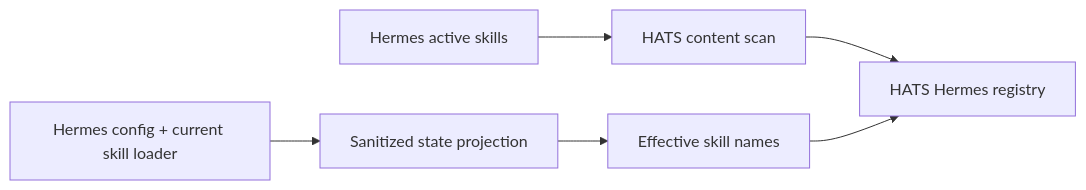
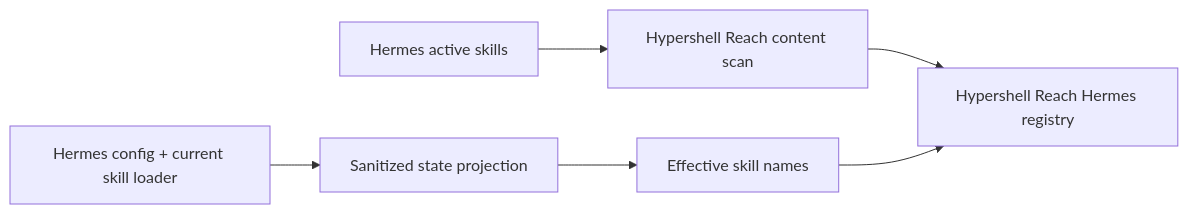
One commit to X1pheR/hypershell-reach changed the diagram in docs/skills.md. Above: the diagram before and after it, drawn with Mermaid. The commit also changed other lines of this file and 84 other files, not shown here.

First line of the commit message:
feat: launch Hypershell Reach 0.5.0 (#16)

````diff
--- a/docs/skills.md
+++ b/docs/skills.md
@@ -54,8 +54,8 @@
 ```mermaid
 flowchart LR
-    H[Hermes active skills] --> C[HATS content scan]
+    H[Hermes active skills] --> C[Hypershell Reach content scan]
     HC[Hermes config + current skill loader] --> P[Sanitized state projection]
     P --> E[Effective skill names]
-    C --> R[HATS Hermes registry]
+    C --> R[Hypershell Reach Hermes registry]
     E --> R
 ```
````
